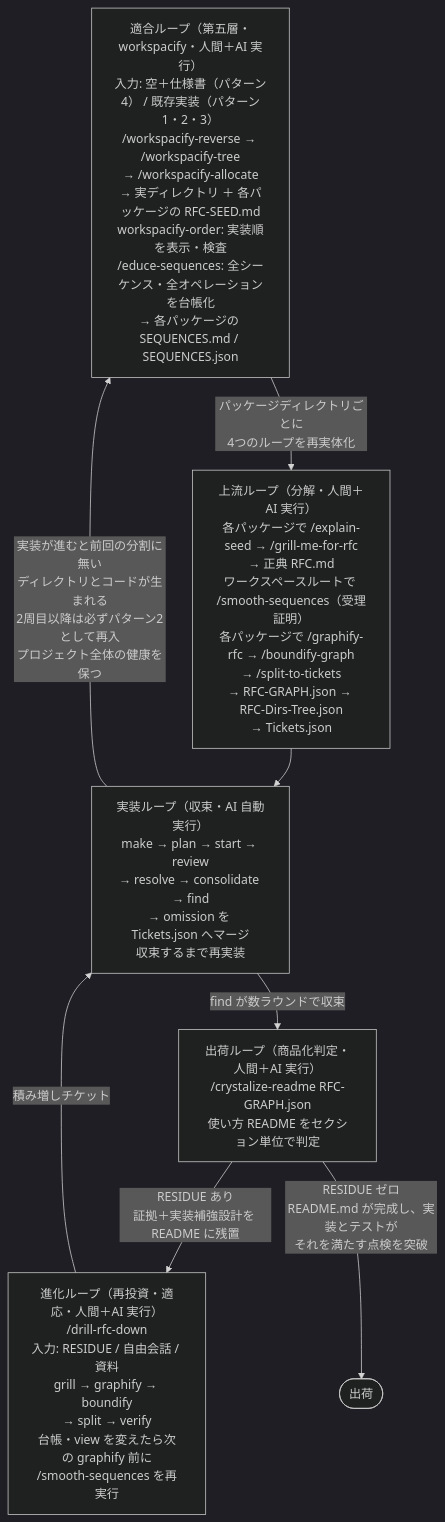
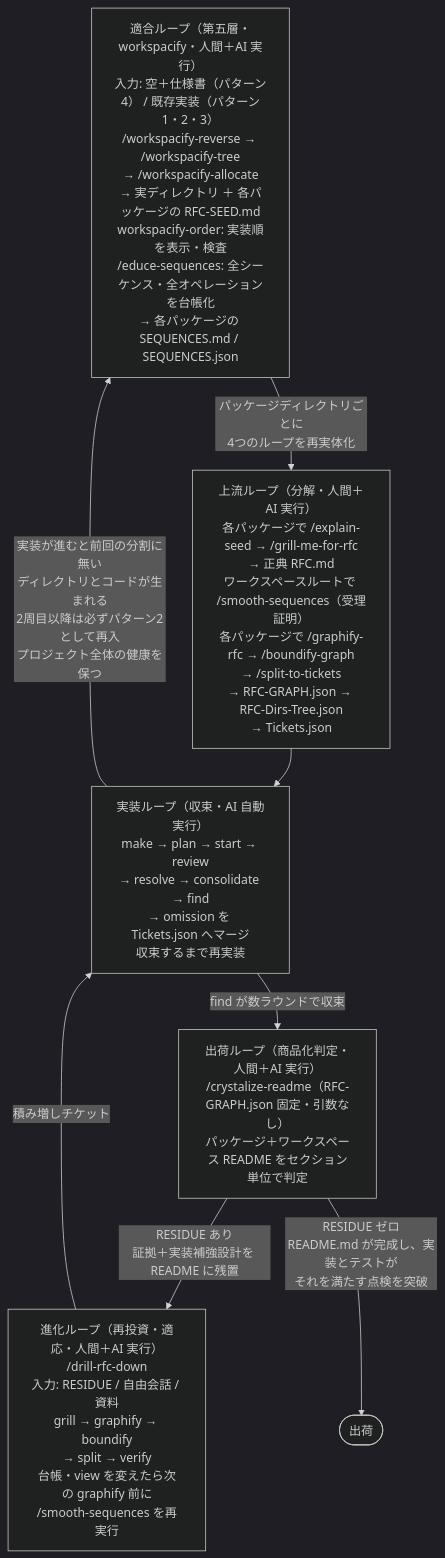
The first of 6 diagrams in tools/conver/README.md (t-kawata/zasso), drawn with Mermaid (dark theme) before and after one commit. The commit also changed other lines of this file and 50 other files, not shown here.

````diff
--- a/tools/conver/README.md
+++ b/tools/conver/README.md
@@ -26,16 +26,16 @@
 ```mermaid
 flowchart TD
     L5["適合ループ（第五層・workspacify・人間＋AI 実行）<br/>入力: 空＋仕様書（パターン4） / 既存実装（パターン1・2・3）<br/>/workspacify-reverse → /workspacify-tree<br/>→ /workspacify-allocate<br/>→ 実ディレクトリ ＋ 各パッケージの RFC-SEED.md<br/>workspacify-order: 実装順を表示・検査<br/>/educe-sequences: 全シーケンス・全オペレーションを台帳化<br/>→ 各パッケージの SEQUENCES.md / SEQUENCES.json"]
     UP["上流ループ（分解・人間＋AI 実行）<br/>各パッケージで /explain-seed → /grill-me-for-rfc<br/>→ 正典 RFC.md<br/>ワークスペースルートで /smooth-sequences（受理証明）<br/>各パッケージで /graphify-rfc → /boundify-graph<br/>→ /split-to-tickets<br/>→ RFC-GRAPH.json → RFC-Dirs-Tree.json<br/>→ Tickets.json"]
     IM["実装ループ（収束・AI 自動実行）<br/>make → plan → start → review<br/>→ resolve → consolidate → find<br/>→ omission を Tickets.json へマージ<br/>収束するまで再実装"]
-    SH["出荷ループ（商品化判定・人間＋AI 実行）<br/>/crystalize-readme RFC-GRAPH.json<br/>使い方 README をセクション単位で判定"]
+    SH["出荷ループ（商品化判定・人間＋AI 実行）<br/>/crystalize-readme（RFC-GRAPH.json 固定・引数なし）<br/>パッケージ＋ワークスペース README をセクション単位で判定"]
     EV["進化ループ（再投資・適応・人間＋AI 実行）<br/>/drill-rfc-down<br/>入力: RESIDUE / 自由会話 / 資料<br/>grill → graphify → boundify<br/>→ split → verify<br/>台帳・view を変えたら次の graphify 前に<br/>/smooth-sequences を再実行"]
 
     L5 -->|パッケージディレクトリごとに<br/>4つのループを再実体化| UP
     UP --> IM
     IM -->|find が数ラウンドで収束| SH
     SH -->|RESIDUE あり<br/>証拠＋実装補強設計を README に残置| EV
     EV -->|積み増しチケット| IM
     IM -->|実装が進むと前回の分割に無い<br/>ディレクトリとコードが生まれる<br/>2周目以降は必ずパターン2として再入<br/>プロジェクト全体の健康を保つ| L5
     SH -->|RESIDUE ゼロ<br/>README.md が完成し、実装とテストが<br/>それを満たす点検を突破| SHIPPED(["出荷"])
 ```
````
